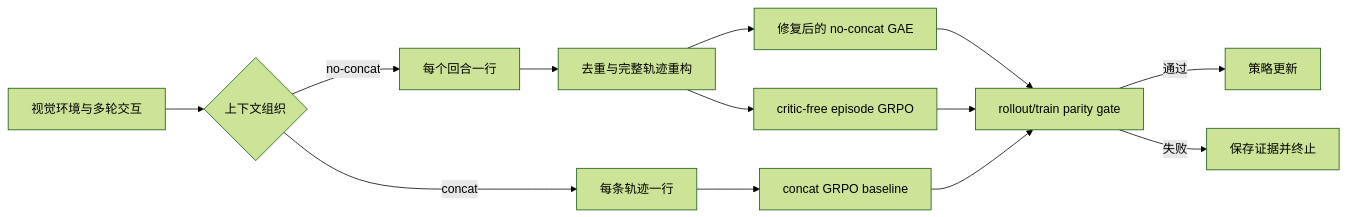
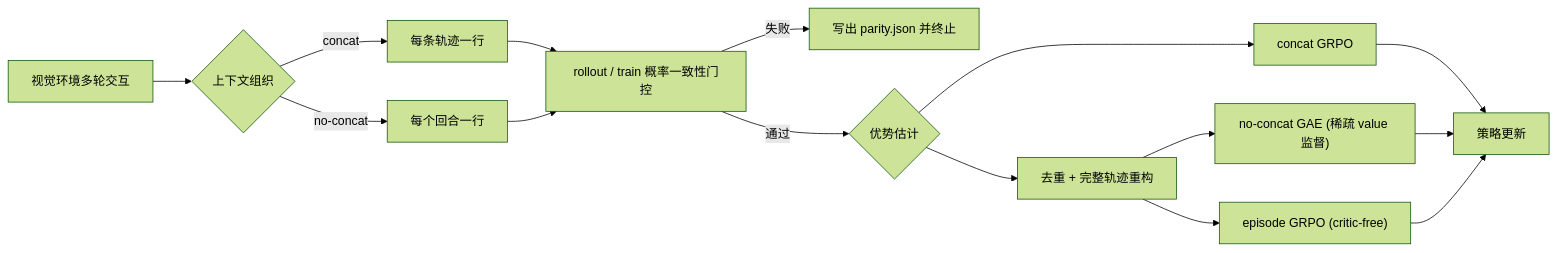
The diagram in README.md (liuqjjin/vlm-agent-rl), drawn with Mermaid (forest theme) before and after one commit. The commit also changed other lines of this file and 1 other file, not shown here.

````diff
--- a/README.md
+++ b/README.md
@@ -43,15 +30,17 @@
 ```mermaid
 flowchart LR
-    E["视觉环境与多轮交互"] --> C{"上下文组织"}
-    C -->|"concat"| T["每条轨迹一行"]
-    C -->|"no-concat"| U["每个回合一行"]
-    T --> B["concat GRPO baseline"]
-    U --> R["去重与完整轨迹重构"]
-    R --> G["修复后的 no-concat GAE"]
-    R --> P["critic-free episode GRPO"]
-    G --> Q["rollout/train parity gate"]
-    P --> Q
-    B --> Q
-    Q -->|"通过"| O["策略更新"]
-    Q -->|"失败"| X["保存证据并终止"]
+    E["视觉环境多轮交互"] --> C{"上下文组织"}
+    C -->|concat| T["每条轨迹一行"]
+    C -->|no-concat| U["每个回合一行"]
+    T --> Q["rollout / train 概率一致性门控"]
+    U --> Q
+    Q -->|失败| X["写出 parity.json 并终止"]
+    Q -->|通过| A{"优势估计"}
+    A --> B["concat GRPO"]
+    A --> R["去重 + 完整轨迹重构"]
+    R --> G["no-concat GAE (稀疏 value 监督)"]
+    R --> P["episode GRPO (critic-free)"]
+    B --> O["策略更新"]
+    G --> O
+    P --> O
 ```
````
